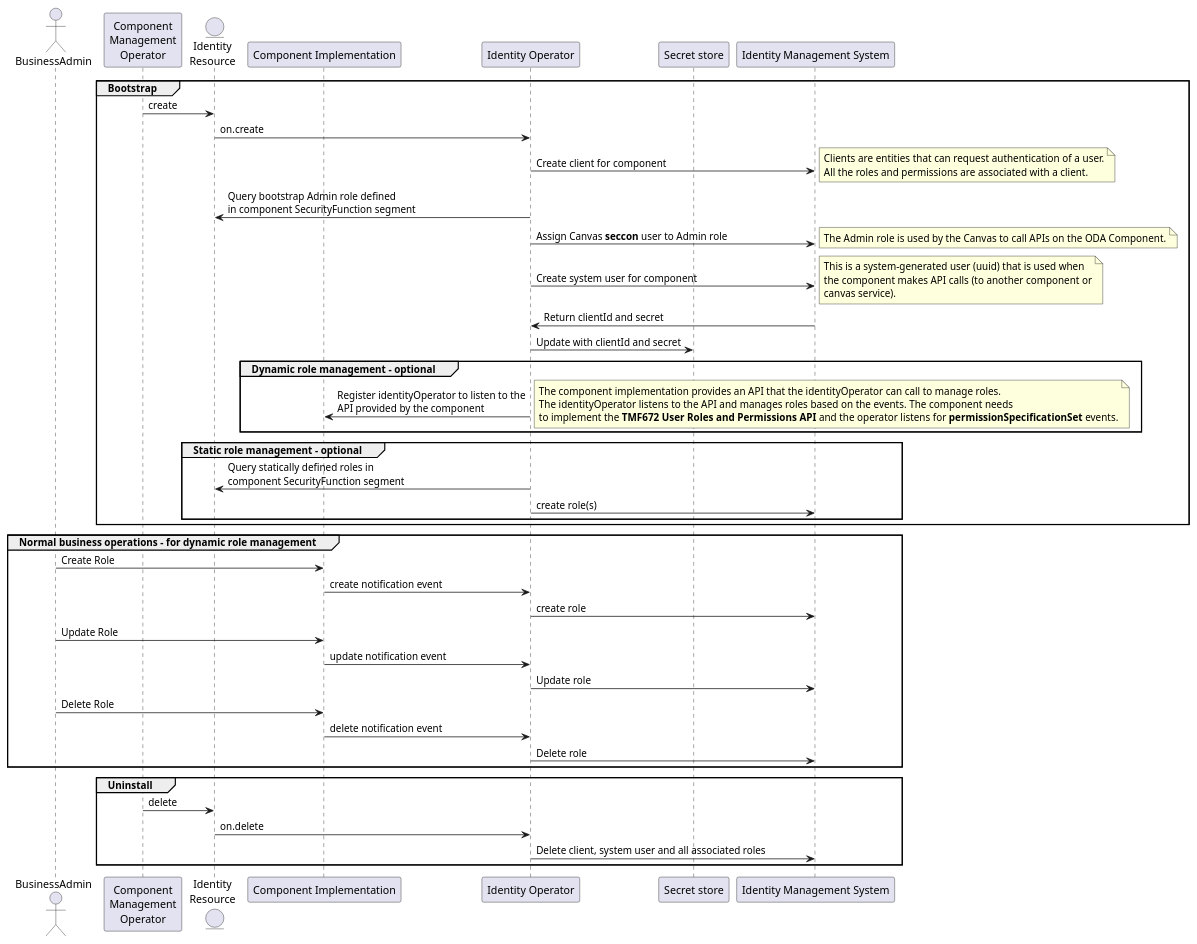
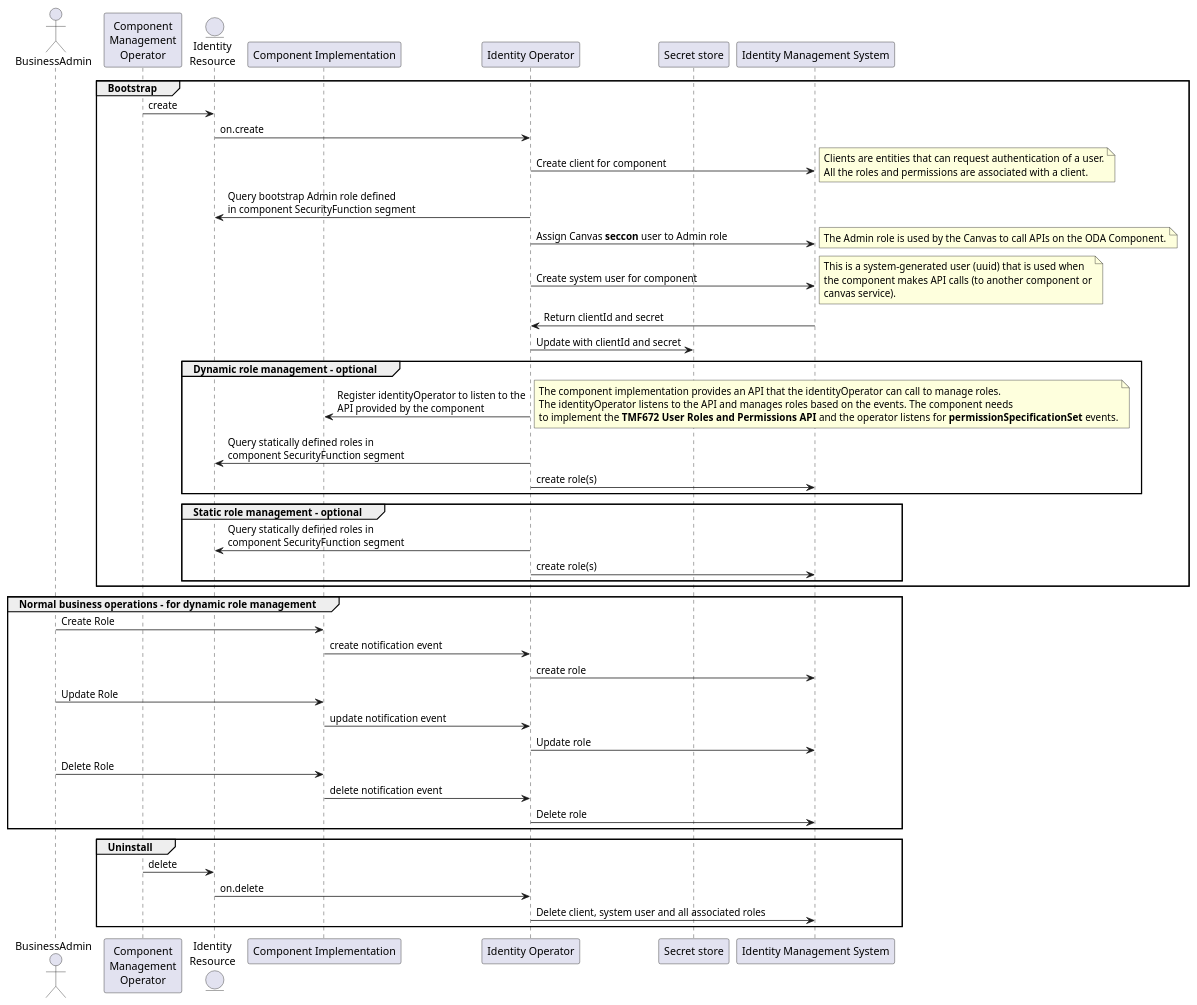
The diagram in usecase-library/pumlFiles/configure-users-and-roles.puml (tmforum-oda/oda-canvas), drawn with PlantUML before and after one commit.

```diff
--- a/usecase-library/pumlFiles/configure-users-and-roles.puml
+++ b/usecase-library/pumlFiles/configure-users-and-roles.puml
@@ -1,68 +1,70 @@
 @startuml
 
 actor BusinessAdmin
 participant "Component\nManagement\nOperator" as ComponentOperator
 entity "Identity\nResource" as IdentityResource
 participant "Component Implementation" as ComponentImplementation
 participant "Identity Operator" as identityOperator
 participant "Secret store" as SecretStore
 participant "Identity Management System" as IDM
 
 group Bootstrap
 IdentityResource <- ComponentOperator : create
 
 IdentityResource -> identityOperator: on.create 
 identityOperator -> IDM: Create client for component
 note right
     Clients are entities that can request authentication of a user.
     All the roles and permissions are associated with a client.
 end note
 
 identityOperator -> IdentityResource : Query bootstrap Admin role defined\nin component SecurityFunction segment
 identityOperator -> IDM: Assign Canvas **seccon** user to Admin role
 note right
     The Admin role is used by the Canvas to call APIs on the ODA Component.
 end note
 
 identityOperator -> IDM: Create system user for component
 note right
     This is a system-generated user (uuid) that is used when
     the component makes API calls (to another component or
     canvas service).
 end note
 identityOperator <- IDM: Return clientId and secret
 identityOperator -> SecretStore: Update with clientId and secret
 
 group Dynamic role management - optional
     identityOperator -> ComponentImplementation: Register identityOperator to listen to the\nAPI provided by the component
     note right
         The component implementation provides an API that the identityOperator can call to manage roles.
         The identityOperator listens to the API and manages roles based on the events. The component needs
         to implement the **TMF672 User Roles and Permissions API** and the operator listens for **permissionSpecificationSet** events.
     end note
+    identityOperator -> IdentityResource: Query statically defined roles in\ncomponent SecurityFunction segment
+    identityOperator -> IDM: create role(s)
 end 
 group Static role management - optional
     identityOperator -> IdentityResource: Query statically defined roles in\ncomponent SecurityFunction segment
     identityOperator -> IDM: create role(s)
 end 
 
 end 
 group Normal business operations - for dynamic role management
     BusinessAdmin -> ComponentImplementation: Create Role
     ComponentImplementation-> identityOperator: create notification event
     identityOperator -> IDM: create role
     BusinessAdmin -> ComponentImplementation: Update Role
     ComponentImplementation-> identityOperator: update notification event
     identityOperator -> IDM: Update role
     BusinessAdmin -> ComponentImplementation: Delete Role
     ComponentImplementation-> identityOperator: delete notification event
     identityOperator -> IDM: Delete role
 end
 
 group Uninstall
     ComponentOperator -> IdentityResource  : delete
     IdentityResource -> identityOperator: on.delete 
     identityOperator -> IDM: Delete client, system user and all associated roles  
 end
 
 @enduml
```
